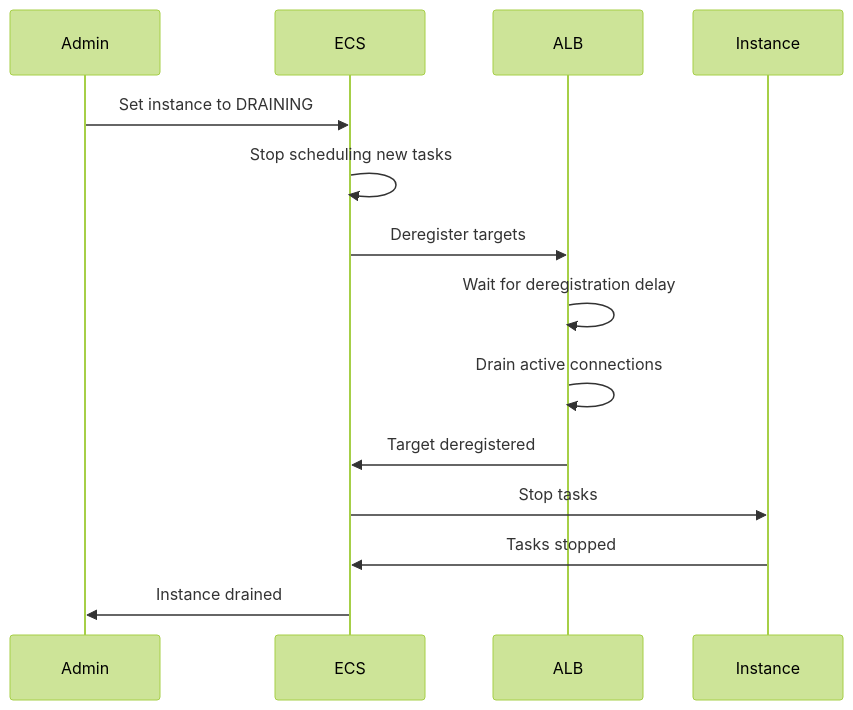
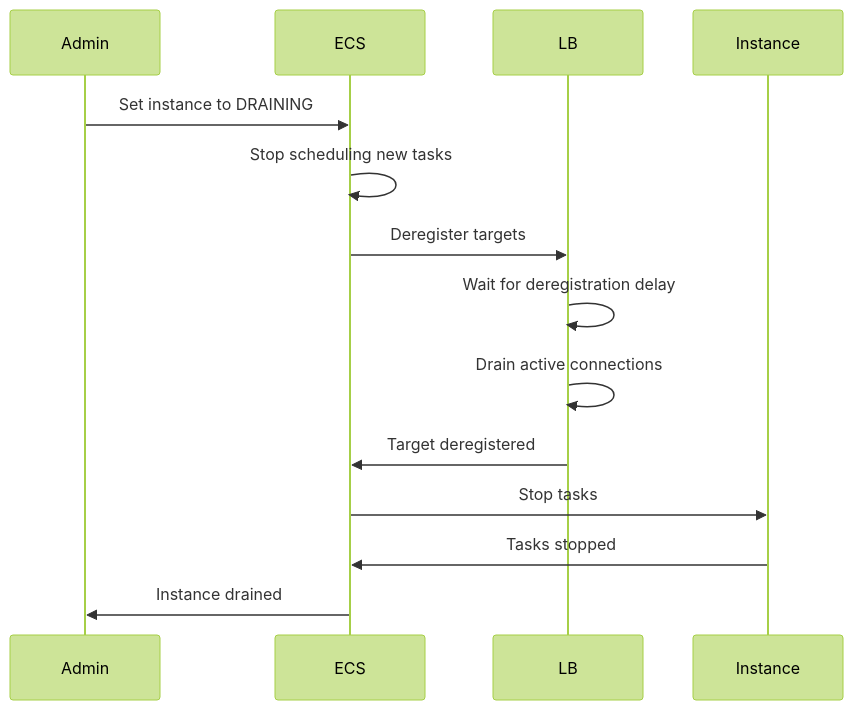
Before and after one commit to OneUptime/blog: the diagram in posts/2026-02-12-fix-ecs-service-stuck-draining-state/README.md, drawn with Mermaid (forest theme). The commit also changed other lines of this file and 2 other files, not shown here.

Commit message:
validate: 2026-02-12-fix-ecs-service-stuck-draining-state

````diff
--- a/posts/2026-02-12-fix-ecs-service-stuck-draining-state/README.md
+++ b/posts/2026-02-12-fix-ecs-service-stuck-draining-state/README.md
@@ -26,17 +26,17 @@
 ```mermaid
 sequenceDiagram
     participant Admin
     participant ECS
-    participant ALB
+    participant LB
     participant Instance
 
     Admin->>ECS: Set instance to DRAINING
     ECS->>ECS: Stop scheduling new tasks
-    ECS->>ALB: Deregister targets
-    ALB->>ALB: Wait for deregistration delay
-    ALB->>ALB: Drain active connections
-    ALB->>ECS: Target deregistered
+    ECS->>LB: Deregister targets
+    LB->>LB: Wait for deregistration delay
+    LB->>LB: Drain active connections
+    LB->>ECS: Target deregistered
     ECS->>Instance: Stop tasks
     Instance->>ECS: Tasks stopped
     ECS->>Admin: Instance drained
 ```
````
